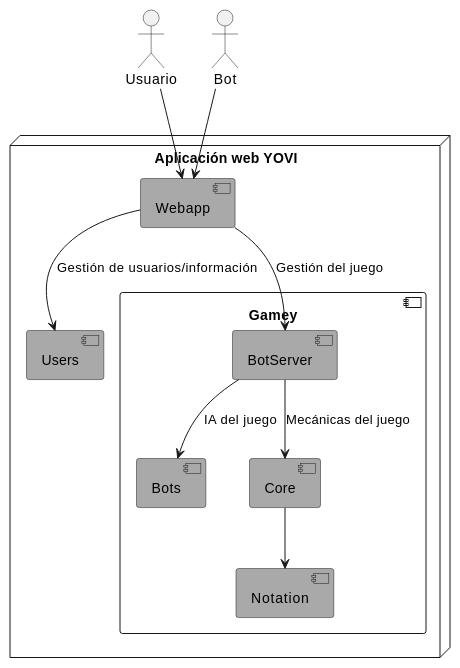
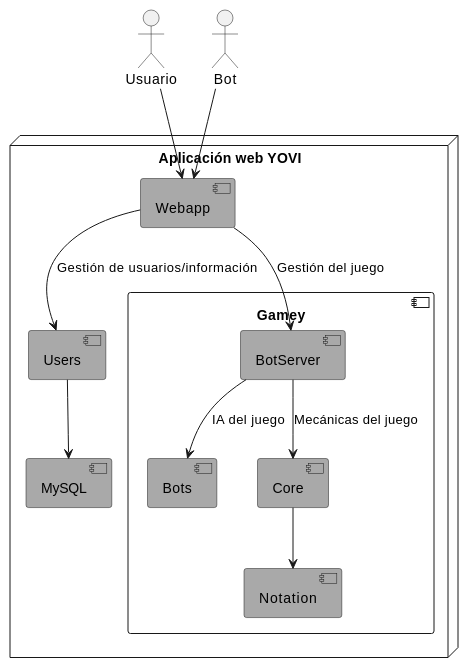
The third of 4 diagrams in docs/src/05_building_block_view.adoc (Arquisoft/yovi_es5b), drawn with PlantUML before and after one commit. The commit also changed other lines of this file, not shown here.

First line of the commit message:
docs: 05: añadir BD en diagramas (#69)

```diff
--- a/docs/src/05_building_block_view.adoc
+++ b/docs/src/05_building_block_view.adoc
@@ -205,28 +207,30 @@
 [plantuml,"vista-bloques-3-gamey",png]
 ----
 @startuml
 actor Usuario
 actor Bot
 
 node "Aplicación web YOVI" as yovi {
     component "Gamey" {
         component Bots #DarkGray
         component BotServer #DarkGray
         component Core #DarkGray
         component Notation #DarkGray
     }
     component Webapp #DarkGray
     component Users #DarkGray
+    component MySQL #DarkGray
 }
 
 Core --> Notation
 BotServer --> Bots : "IA del juego"
 BotServer --> Core : "Mecánicas del juego"
 
 Usuario --> Webapp
 Bot --> Webapp
 Webapp --> Users : "Gestión de usuarios/información"
 Webapp --> BotServer : "Gestión del juego"
+Users --> MySQL
 
 @enduml
 ----
```
